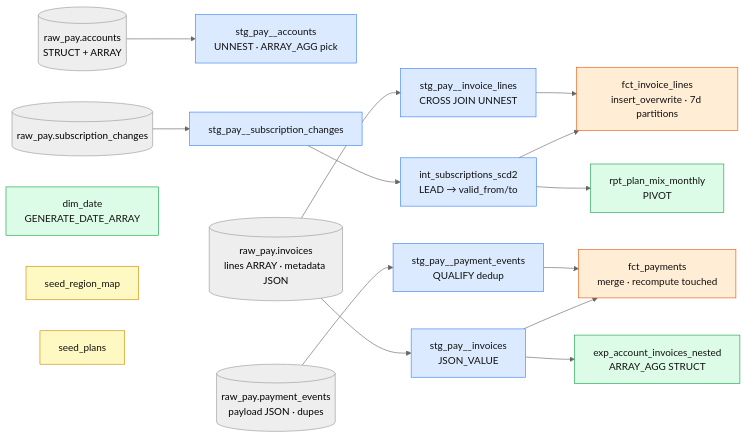
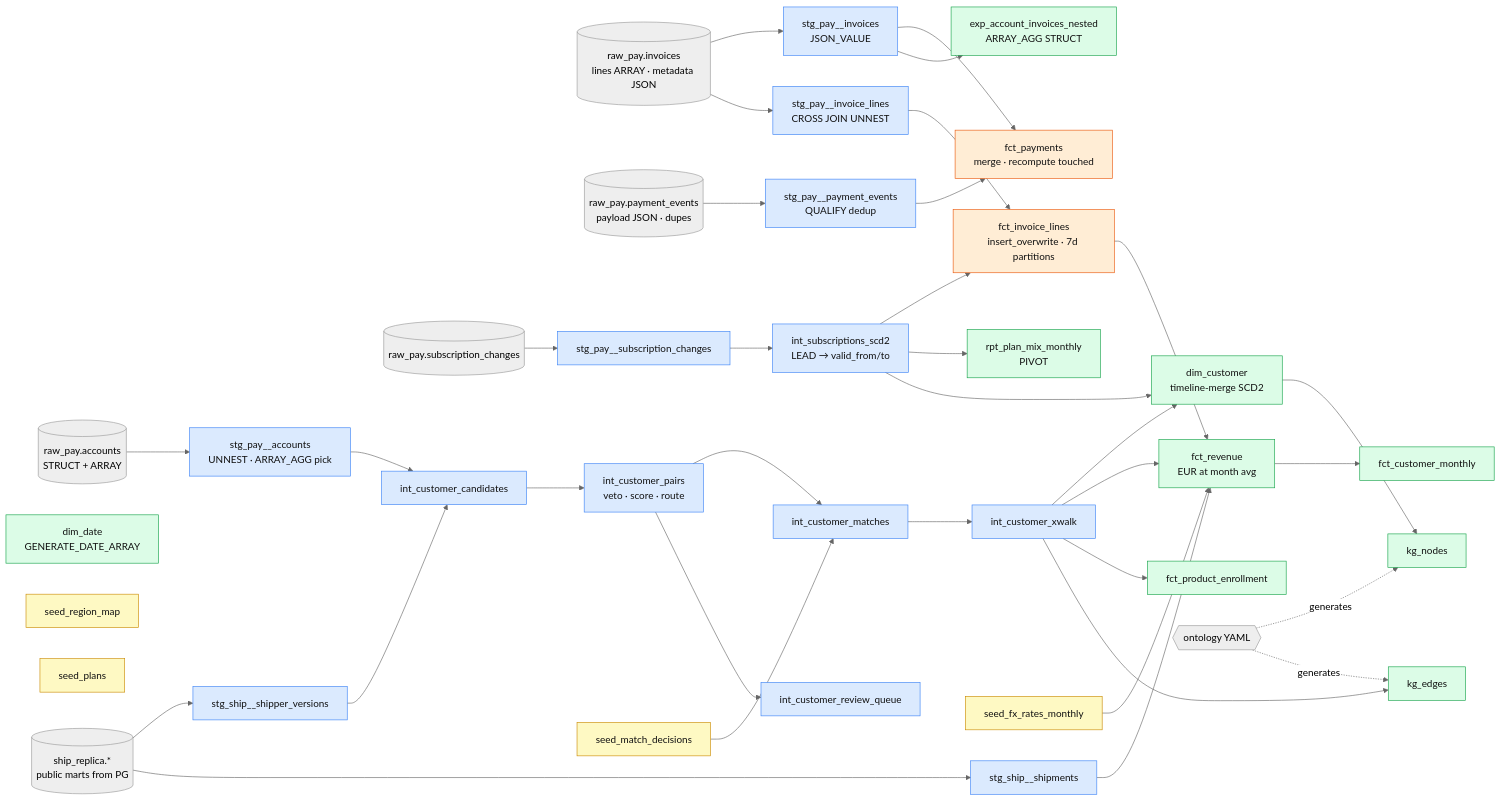
One commit to nachhh/rutagroup changed the second of 2 diagrams in docs/diagrams/dbt-lineage.md. Above: the diagram before and after it, drawn with Mermaid (neutral theme). The commit also changed 39 other files, not shown here.

Commit message:
Phase 4: UDL with entity resolution, conformed customer/revenue marts, ontology-generated knowledge graph

````diff
--- a/docs/diagrams/dbt-lineage.md
+++ b/docs/diagrams/dbt-lineage.md
@@ -41,24 +41,47 @@
 ```mermaid
 flowchart LR
   classDef view fill:#dbeafe,stroke:#3b82f6,color:#111
   classDef table fill:#dcfce7,stroke:#16a34a,color:#111
   classDef inc fill:#ffedd5,stroke:#ea580c,color:#111
   classDef seed fill:#fef9c3,stroke:#ca8a04,color:#111
 
   acc[(raw_pay.accounts<br/>STRUCT + ARRAY)] --> stg_acc[stg_pay__accounts<br/>UNNEST · ARRAY_AGG pick]:::view
   inv[(raw_pay.invoices<br/>lines ARRAY · metadata JSON)] --> stg_inv[stg_pay__invoices<br/>JSON_VALUE]:::view
   inv --> stg_lines[stg_pay__invoice_lines<br/>CROSS JOIN UNNEST]:::view
   pev[(raw_pay.payment_events<br/>payload JSON · dupes)] --> stg_pev[stg_pay__payment_events<br/>QUALIFY dedup]:::view
   sub[(raw_pay.subscription_changes)] --> stg_sub[stg_pay__subscription_changes]:::view
   stg_sub --> scd2[int_subscriptions_scd2<br/>LEAD → valid_from/to]:::view
 
   stg_lines --> fil[fct_invoice_lines<br/>insert_overwrite · 7d partitions]:::inc
   scd2 --> fil
   stg_pev --> fpay[fct_payments<br/>merge · recompute touched]:::inc
   stg_inv --> fpay
   scd2 --> mix[rpt_plan_mix_monthly<br/>PIVOT]:::table
   stg_inv --> nested[exp_account_invoices_nested<br/>ARRAY_AGG STRUCT]:::table
   dd[dim_date<br/>GENERATE_DATE_ARRAY]:::table
   s1[seed_region_map]:::seed
   s2[seed_plans]:::seed
+
+  %% Phase 4: UDL
+  rep[(ship_replica.*<br/>public marts from PG)] --> stg_shipv[stg_ship__shipper_versions]:::view
+  rep --> stg_shp[stg_ship__shipments]:::view
+  stg_shipv --> cand[int_customer_candidates]:::view
+  stg_acc --> cand
+  cand --> pairs[int_customer_pairs<br/>veto · score · route]:::view
+  pairs --> matches[int_customer_matches]:::view
+  sd[seed_match_decisions]:::seed --> matches
+  pairs --> queue[int_customer_review_queue]:::view
+  matches --> xwalk[int_customer_xwalk]:::view
+  xwalk --> dimc[dim_customer<br/>timeline-merge SCD2]:::table
+  scd2 --> dimc
+  xwalk --> frev[fct_revenue<br/>EUR at month avg]:::table
+  fil --> frev
+  stg_shp --> frev
+  fx[seed_fx_rates_monthly]:::seed --> frev
+  frev --> fcm[fct_customer_monthly]:::table
+  xwalk --> enr[fct_product_enrollment]:::table
+  onto{{ontology YAML}} -. generates .-> kgn[kg_nodes]:::table
+  onto -. generates .-> kge[kg_edges]:::table
+  dimc --> kgn
+  xwalk --> kge
 ```
````
